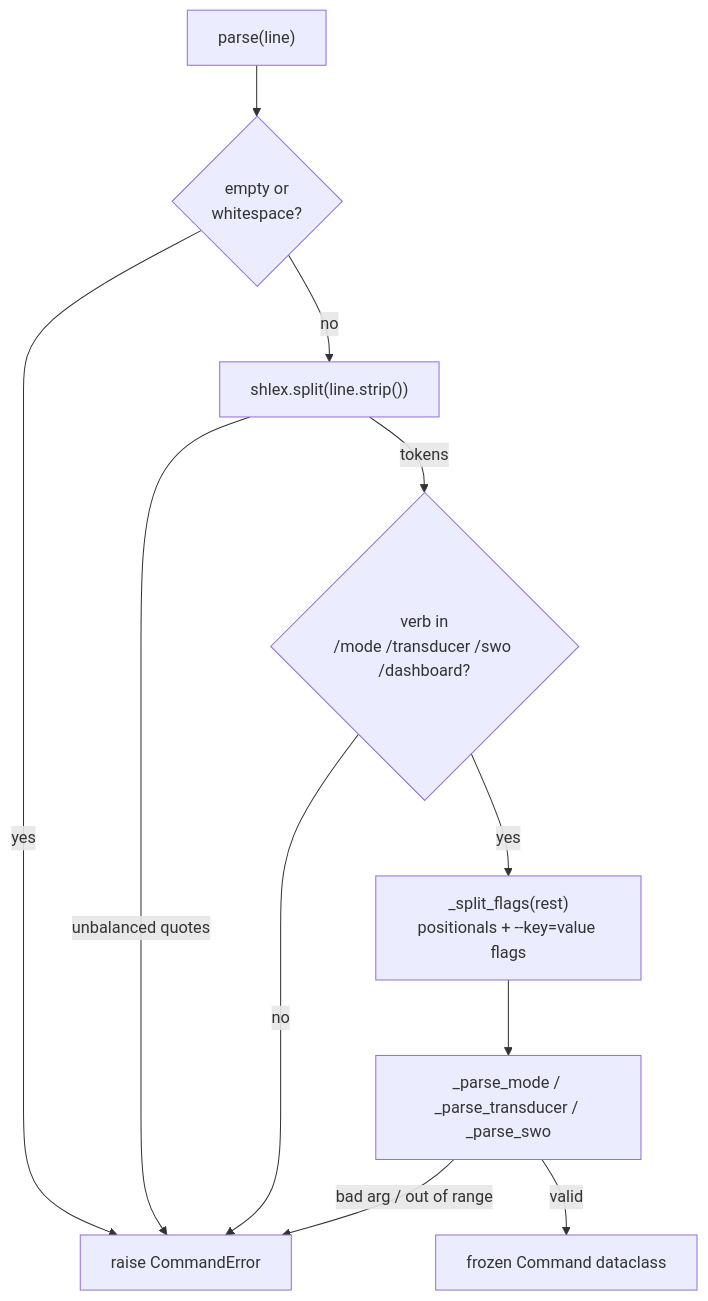
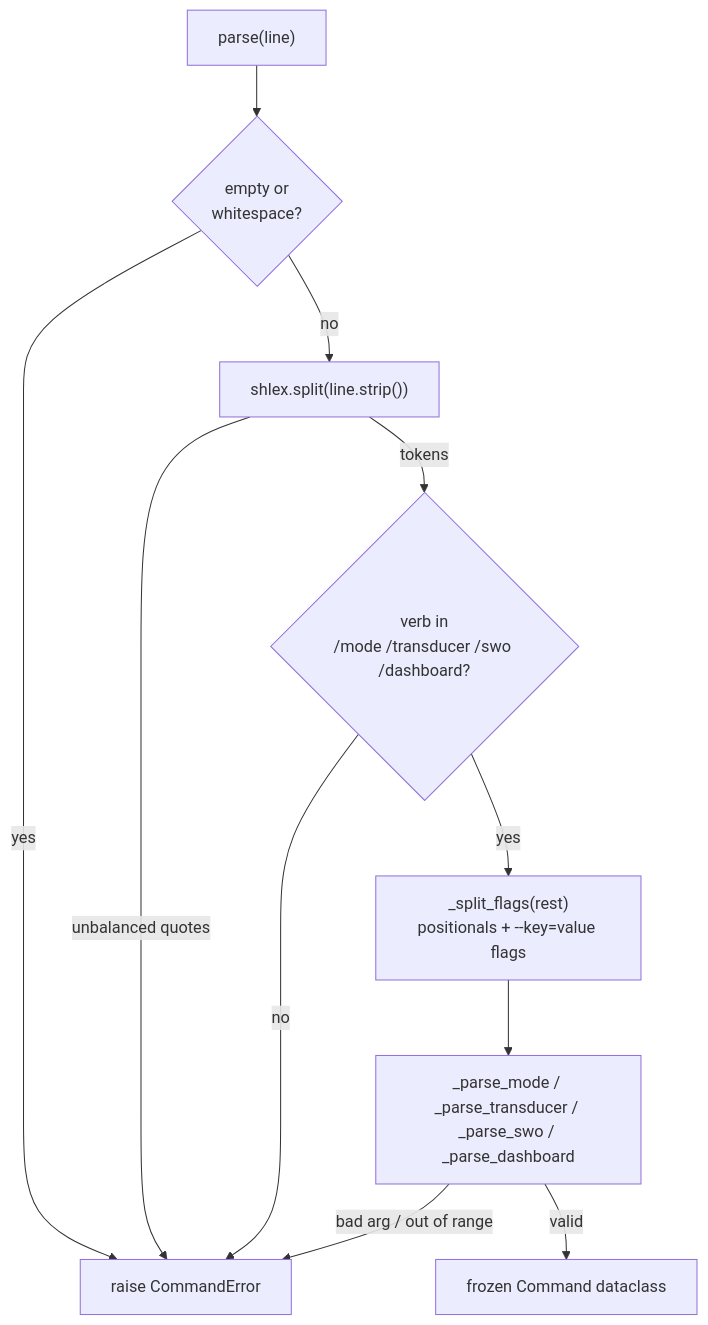
Before and after one commit to docxology/SynthOBS: the diagram in docs/command-grammar.md, drawn with Mermaid. The commit also changed other lines of this file and 90 other files, not shown here.

````diff
--- a/docs/command-grammar.md
+++ b/docs/command-grammar.md
@@ -27,13 +23,13 @@
 ```mermaid
 flowchart TD
     A["parse(line)"] --> B{empty or<br/>whitespace?}
     B -- yes --> E["raise CommandError"]
     B -- no --> C["shlex.split(line.strip())"]
     C -- unbalanced quotes --> E
     C -- tokens --> D{verb in<br/>/mode /transducer /swo /dashboard?}
     D -- no --> E
     D -- yes --> F["_split_flags(rest)<br/>positionals + --key=value flags"]
-    F --> G["_parse_mode / _parse_transducer / _parse_swo"]
+    F --> G["_parse_mode / _parse_transducer / _parse_swo / _parse_dashboard"]
     G -- valid --> H["frozen Command dataclass"]
     G -- bad arg / out of range --> E
 ```
````
